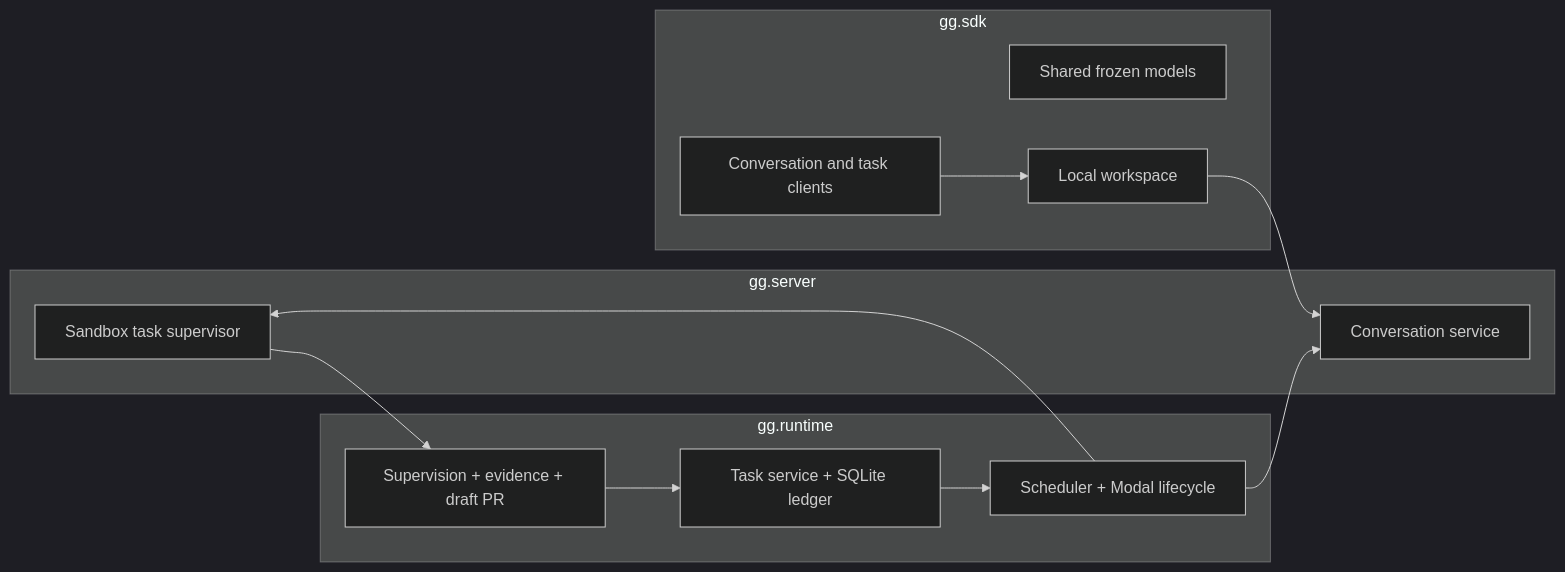
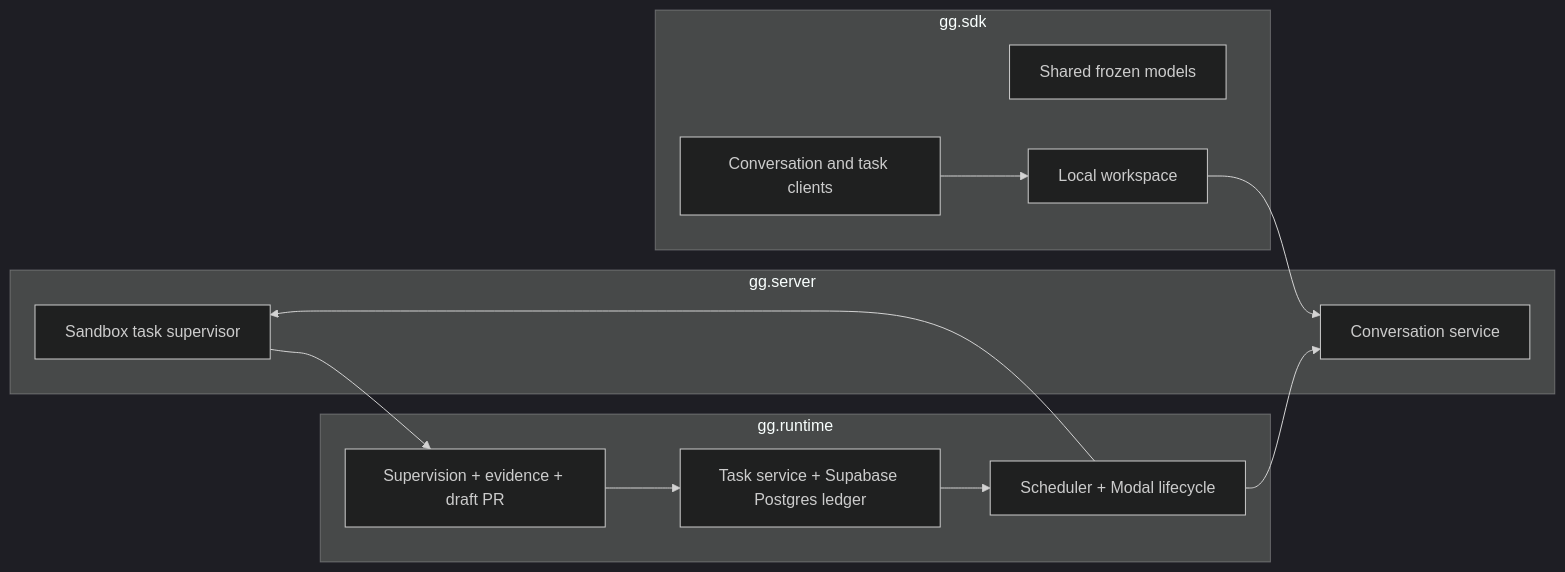
One commit to Giordanopsouza/gg-agent-server changed the diagram in docs/diagrams/system-overview.mmd. Above: the diagram before and after it, drawn with Mermaid (dark theme). The commit also changed 36 other files, not shown here.

Commit message:
078: migrate runtime ledger to Supabase Postgres

```diff
--- a/docs/diagrams/system-overview.mmd
+++ b/docs/diagrams/system-overview.mmd
@@ -1,19 +1,19 @@
 flowchart LR
   subgraph SDK[gg.sdk]
     Models[Shared frozen models]
     Clients[Conversation and task clients]
     Workspaces[Local workspace]
   end
   subgraph Server[gg.server]
     Conversations[Conversation service]
     SandboxRun[Sandbox task supervisor]
   end
   subgraph Runtime[gg.runtime]
-    Queue[Task service + SQLite ledger]
+    Queue[Task service + Supabase Postgres ledger]
     Dispatch[Scheduler + Modal lifecycle]
     Finish[Supervision + evidence + draft PR]
   end
   Clients --> Workspaces --> Conversations
   Queue --> Dispatch --> SandboxRun
   Dispatch --> Conversations
   SandboxRun --> Finish --> Queue
```
